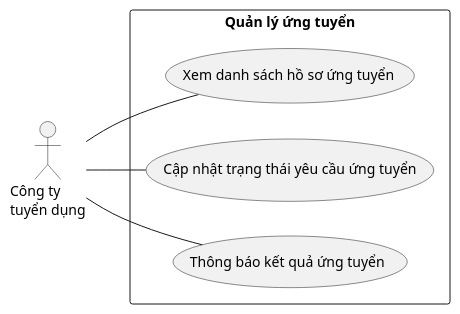
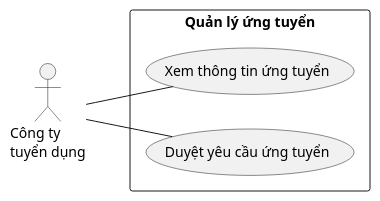
One commit to Griselda4774/EAS-EmploymentAssistanceSystem changed the diagram in Lab1/Lab 1.2 Diagram/Use case/FilePUML/10. QuanLyUngTuyen.puml. Above: the diagram before and after it, drawn with PlantUML. The commit also changed 13 other files, not shown here.

```diff
--- a/Lab1/Lab 1.2 Diagram/Use case/FilePUML/10. QuanLyUngTuyen.puml
+++ b/Lab1/Lab 1.2 Diagram/Use case/FilePUML/10. QuanLyUngTuyen.puml
@@ -1,16 +1,14 @@
 @startuml QuanLyUngTuyen
 left to right direction
 
 actor "Công ty\ntuyển dụng" as congTyTuyenDung
 
 rectangle "Quản lý ứng tuyển" {
-    usecase "Xem danh sách hồ sơ ứng tuyển" as xemDanhSachHoSoUngTuyen
-    usecase "Cập nhật trạng thái yêu cầu ứng tuyển" as capNhatTrangThaiYeuCauUngTuyen
-    usecase "Thông báo kết quả ứng tuyển" as thongBaoKetQuaUngTuyen
+    usecase "Xem thông tin ứng tuyển" as xemThongTinUngTuyen
+    usecase "Duyệt yêu cầu ứng tuyển" as duyetYeuCauUngTuyen
 }
 
-congTyTuyenDung -- xemDanhSachHoSoUngTuyen
-congTyTuyenDung -- capNhatTrangThaiYeuCauUngTuyen
-congTyTuyenDung -- thongBaoKetQuaUngTuyen
+congTyTuyenDung -- xemThongTinUngTuyen
+congTyTuyenDung -- duyetYeuCauUngTuyen
 
 @enduml
```
